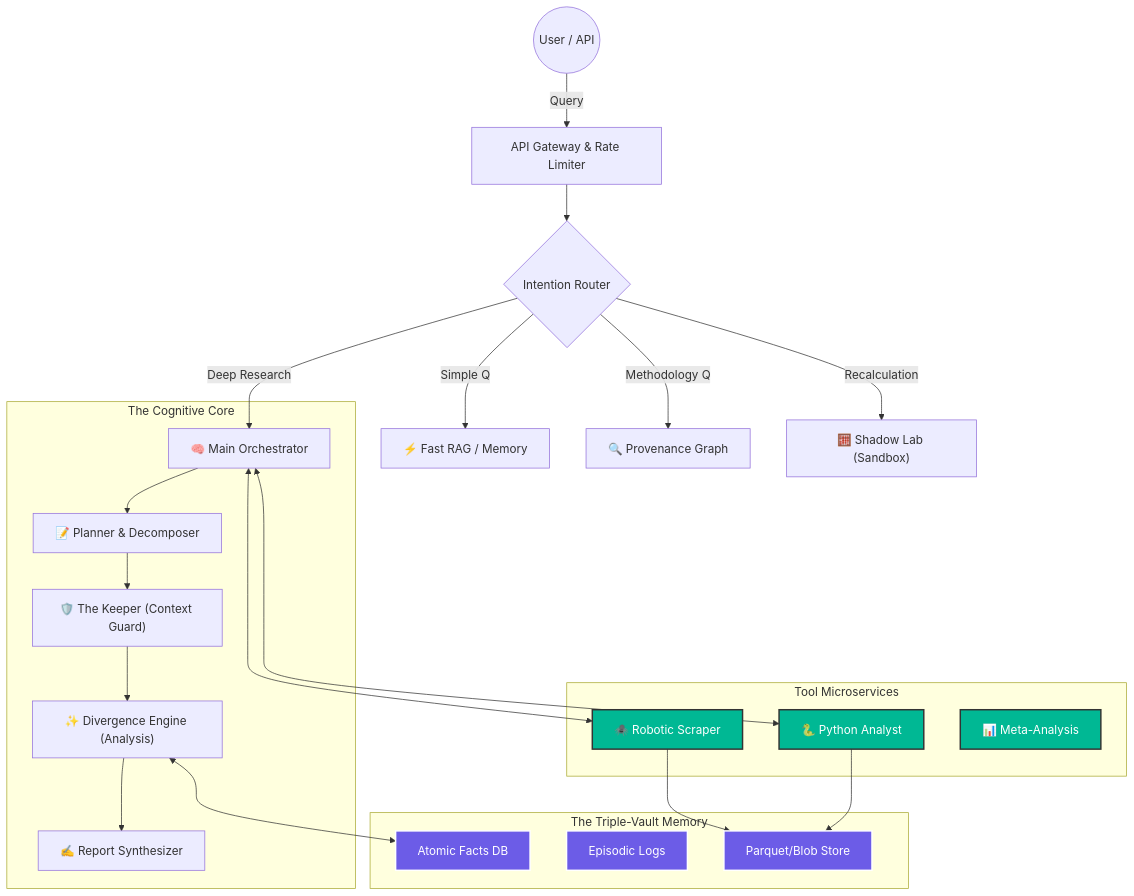
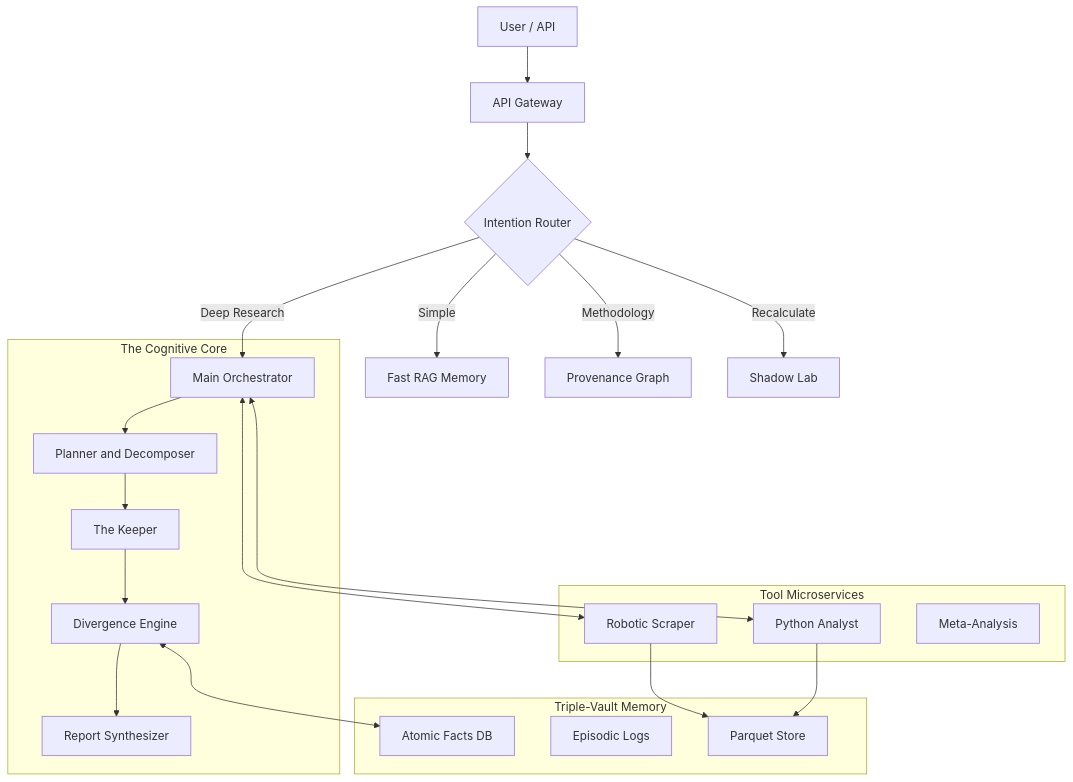
The second of 16 diagrams in README.md (azzindani/Kea), drawn with Mermaid before and after one commit. The commit also changed other lines of this file and 1 other file, not shown here.

Commit message:
feat: Implement a production LangGraph research state machine with real LLM and MCP integrations for cyclic research flow.

````diff
--- a/README.md
+++ b/README.md
@@ -428,47 +422,35 @@
 ```mermaid
 graph TD
-    %% --- STYLES ---
-    classDef brain fill:#2d3436,stroke:#fff,stroke-width:2px,color:#fff;
-    classDef router fill:#0984e3,stroke:#fff,stroke-width:2px,color:#fff;
-    classDef memory fill:#6c5ce7,stroke:#fff,stroke-width:2px,color:#fff;
-    classDef tool fill:#00b894,stroke:#333,stroke-width:2px,color:#fff;
-
-    %% --- ACTORS ---
-    User(("User / API")) -->|Query| Gateway["API Gateway & Rate Limiter"]
-    Gateway --> Router{"Intention Router"}
-
-    %% --- THE ROUTING LAYER ---
-    Router --"Simple Q"--> FastRAG["⚡ Fast RAG / Memory"]
-    Router --"Methodology Q"--> Provenance["🔍 Provenance Graph"]
-    Router --"Recalculation"--> ShadowLab["🧮 Shadow Lab (Sandbox)"]
-    Router --"Deep Research"--> Orchestrator["🧠 Main Orchestrator"]
-
-    %% --- THE DEEP RESEARCH LOOP ---
-    subgraph CognitiveCore ["The Cognitive Core"]
-        Orchestrator --> Planner["📝 Planner & Decomposer"]
-        Planner --> Keeper["🛡️ The Keeper (Context Guard)"]
-        Keeper --> Divergence["✨ Divergence Engine (Analysis)"]
-        Divergence --> Synthesizer["✍️ Report Synthesizer"]
+    User[User / API] --> Gateway[API Gateway]
+    Gateway --> Router{Intention Router}
+    
+    Router -->|Simple| FastRAG[Fast RAG Memory]
+    Router -->|Methodology| Provenance[Provenance Graph]
+    Router -->|Recalculate| ShadowLab[Shadow Lab]
+    Router -->|Deep Research| Orchestrator[Main Orchestrator]
+    
+    subgraph CognitiveCore[The Cognitive Core]
+        Orchestrator --> Planner[Planner and Decomposer]
+        Planner --> Keeper[The Keeper]
+        Keeper --> Divergence[Divergence Engine]
+        Divergence --> Synthesizer[Report Synthesizer]
     end
-
-    %% --- THE TOOLS LAYER (The Muscle) ---
-    subgraph Tools ["Tool Microservices"]
-        Scraper["🕷️ Robotic Scraper"]:::tool
-        Analyst["🐍 Python Analyst"]:::tool
-        Meta["📊 Meta-Analysis"]:::tool
+    
+    subgraph Tools[Tool Microservices]
+        Scraper[Robotic Scraper]
+        Analyst[Python Analyst]
+        Meta[Meta-Analysis]
     end
-
-    %% --- THE MEMORY LAYER (The Vault) ---
-    subgraph MemoryVault ["The Triple-Vault Memory"]
-        Atomic["Atomic Facts DB"]:::memory
-        Episodic["Episodic Logs"]:::memory
-        Artifacts["Parquet/Blob Store"]:::memory
+    
+    subgraph MemoryVault[Triple-Vault Memory]
+        Atomic[Atomic Facts DB]
+        Episodic[Episodic Logs]
+        Artifacts[Parquet Store]
     end
-
-    %% --- CONNECTIONS ---
+    
     Orchestrator <--> Scraper
     Orchestrator <--> Analyst
     Divergence <--> Atomic
     Scraper --> Artifacts
     Analyst --> Artifacts
 ```
````
